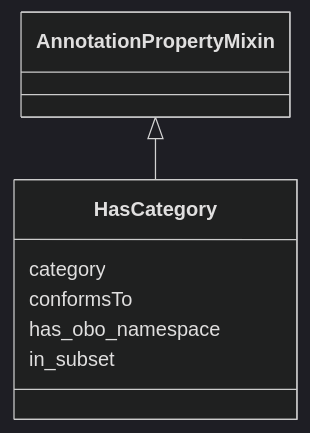
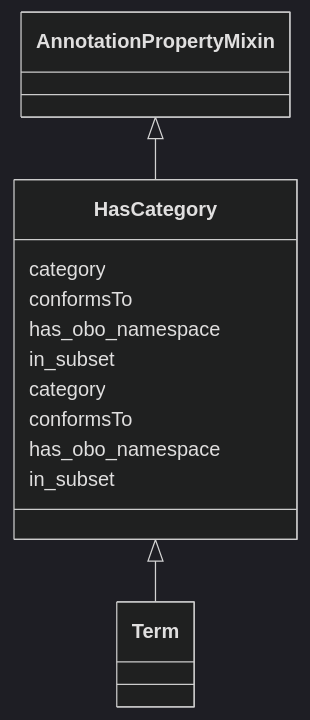
The diagram in ontology-metadata/HasCategory.md (INCATools/ontology-access-kit), drawn with Mermaid (dark theme) before and after one commit. The commit also changed 245 other files, not shown here.

````diff
--- a/ontology-metadata/HasCategory.md
+++ b/ontology-metadata/HasCategory.md
@@ -13,11 +13,19 @@
 ```{mermaid}
  classDiagram
+    class HasCategory
       AnnotationPropertyMixin <|-- HasCategory
       
       HasCategory : category
       HasCategory : conformsTo
       HasCategory : has_obo_namespace
       HasCategory : in_subset
       
 
+      HasCategory <|-- Term
+      
+      HasCategory : category
+      HasCategory : conformsTo
+      HasCategory : has_obo_namespace
+      HasCategory : in_subset
+      
 ```
````
